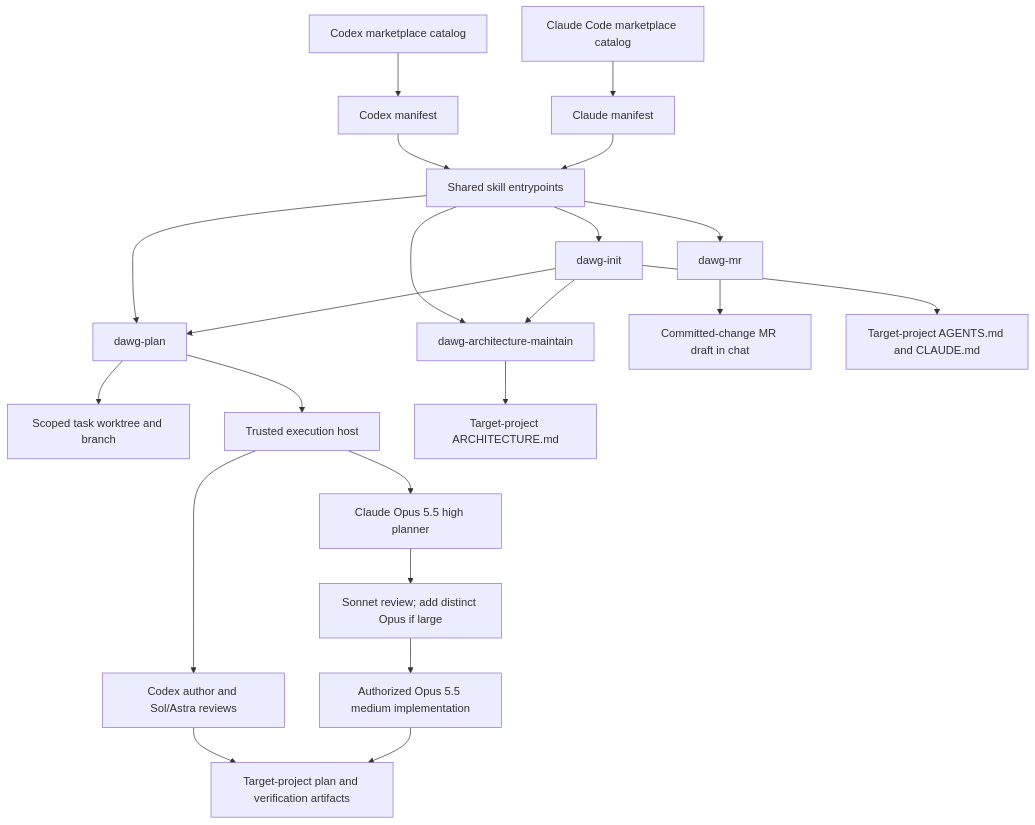
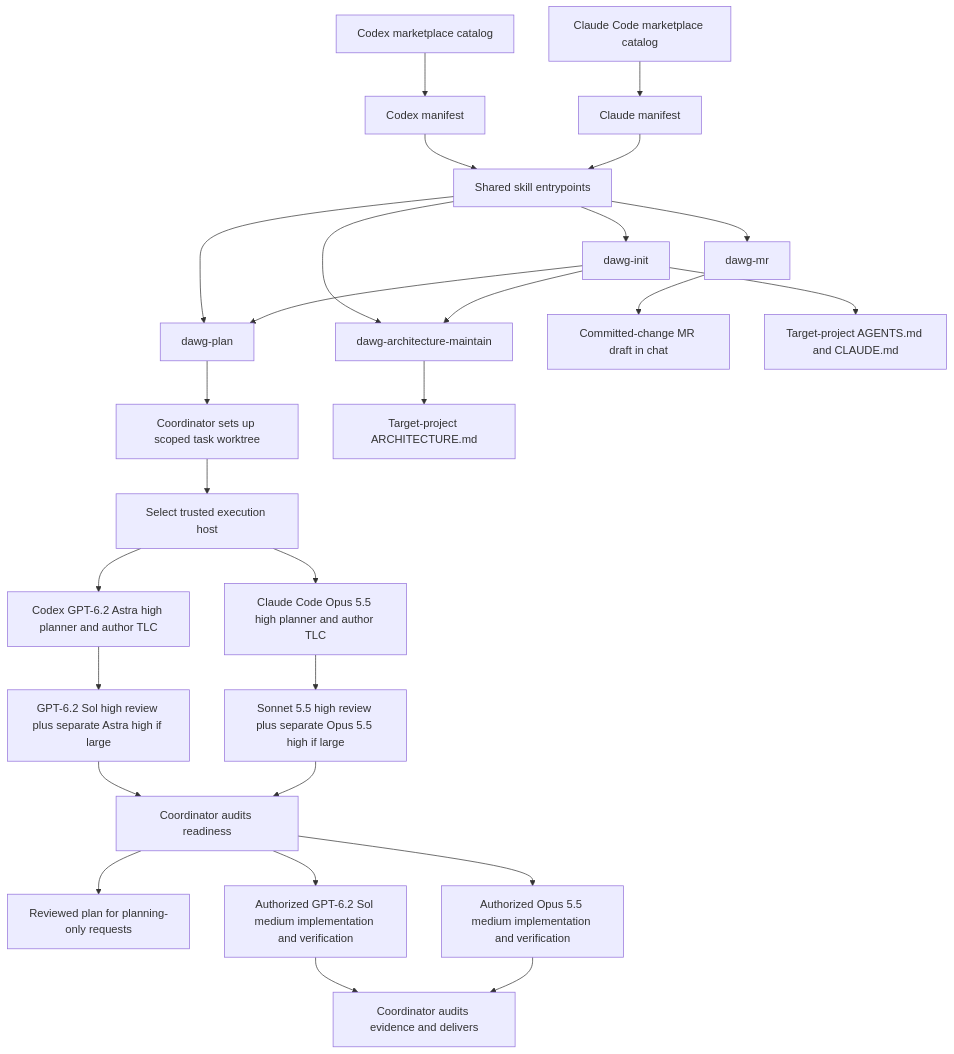
One commit to pdawgy-sg/pdawgy-skills changed the diagram in ARCHITECTURE.md. Above: the diagram before and after it, drawn with Mermaid. The commit also changed other lines of this file and 13 other files, not shown here.

Commit message:
feat(dawg-plan): use GPT-6.2 for Codex phases

````diff
--- a/ARCHITECTURE.md
+++ b/ARCHITECTURE.md
@@ -124,25 +126,29 @@
 ```mermaid
 flowchart TD
     CodexCatalog[Codex marketplace catalog] --> CodexManifest[Codex manifest]
     ClaudeCatalog[Claude Code marketplace catalog] --> ClaudeManifest[Claude manifest]
     CodexManifest --> Skills[Shared skill entrypoints]
     ClaudeManifest --> Skills
     Skills --> Init[dawg-init]
     Skills --> Plan[dawg-plan]
     Skills --> Maintain[dawg-architecture-maintain]
     Skills --> MR[dawg-mr]
     MR --> Message[Committed-change MR draft in chat]
     Init --> Plan
     Init --> Maintain
-    Plan --> Worktree[Scoped task worktree and branch]
-    Plan --> Host[Trusted execution host]
-    Host --> Code[Codex author and Sol/Astra reviews]
-    Host --> Planner[Claude Opus 5.5 high planner]
-    Planner --> Reviews[Sonnet review; add distinct Opus if large]
-    Reviews --> Implementer[Authorized Opus 5.5 medium implementation]
-    Code --> Artifacts
-    Implementer --> Artifacts
-    Artifacts[Target-project plan and verification artifacts]
+    Plan --> Coordinator[Coordinator sets up scoped task worktree]
+    Coordinator --> Host[Select trusted execution host]
+    Host --> CodexPlanner[Codex GPT-6.2 Astra high planner and author TLC]
+    Host --> ClaudePlanner[Claude Code Opus 5.5 high planner and author TLC]
+    CodexPlanner --> CodexReviews[GPT-6.2 Sol high review plus separate Astra high if large]
+    ClaudePlanner --> ClaudeReviews[Sonnet 5.5 high review plus separate Opus 5.5 high if large]
+    CodexReviews --> Ready[Coordinator audits readiness]
+    ClaudeReviews --> Ready
+    Ready --> Handoff[Reviewed plan for planning-only requests]
+    Ready --> CodexImplementer[Authorized GPT-6.2 Sol medium implementation and verification]
+    Ready --> ClaudeImplementer[Authorized Opus 5.5 medium implementation and verification]
+    CodexImplementer --> Delivery[Coordinator audits evidence and delivers]
+    ClaudeImplementer --> Delivery
     Init --> Guidance[Target-project AGENTS.md and CLAUDE.md]
     Maintain --> Architecture[Target-project ARCHITECTURE.md]
 ```
````
